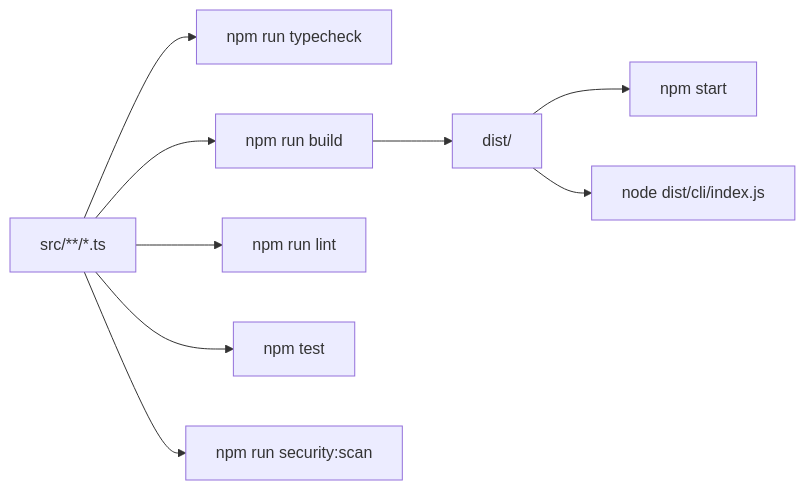
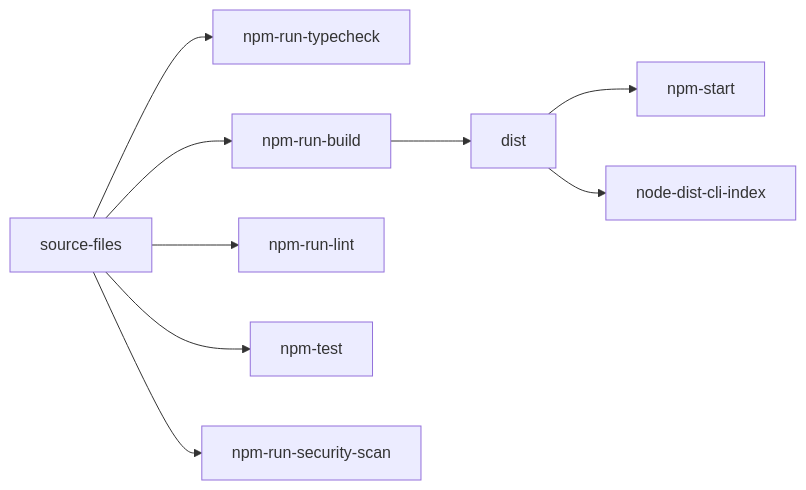
Before and after one commit to pandol69kim-bot/gitautopipe: the fourth of 4 diagrams in 프로젝트 전체 구조도.md, drawn with Mermaid. The commit also changed other lines of this file and 1 other file, not shown here.

Commit message:
feat: Update project diagrams to improve Mermaid compatibility and clarity

````diff
--- a/프로젝트 전체 구조도.md
+++ b/프로젝트 전체 구조도.md
@@ -148,12 +128,20 @@
 ```mermaid
-flowchart LR
-  Source["src/**/*.ts"] --> Typecheck["npm run typecheck"]
-  Source --> Build["npm run build"]
-  Source --> Lint["npm run lint"]
-  Source --> Test["npm test"]
-  Source --> SecretScan["npm run security:scan"]
-
-  Build --> Dist["dist/"]
-  Dist --> Start["npm start"]
-  Dist --> CLIExec["node dist/cli/index.js"]
+graph LR
+Source[source-files]
+Typecheck[npm-run-typecheck]
+Build[npm-run-build]
+Lint[npm-run-lint]
+Test[npm-test]
+SecretScan[npm-run-security-scan]
+Dist[dist]
+Start[npm-start]
+CLIExec[node-dist-cli-index]
+Source --> Typecheck
+Source --> Build
+Source --> Lint
+Source --> Test
+Source --> SecretScan
+Build --> Dist
+Dist --> Start
+Dist --> CLIExec
 ```
````
